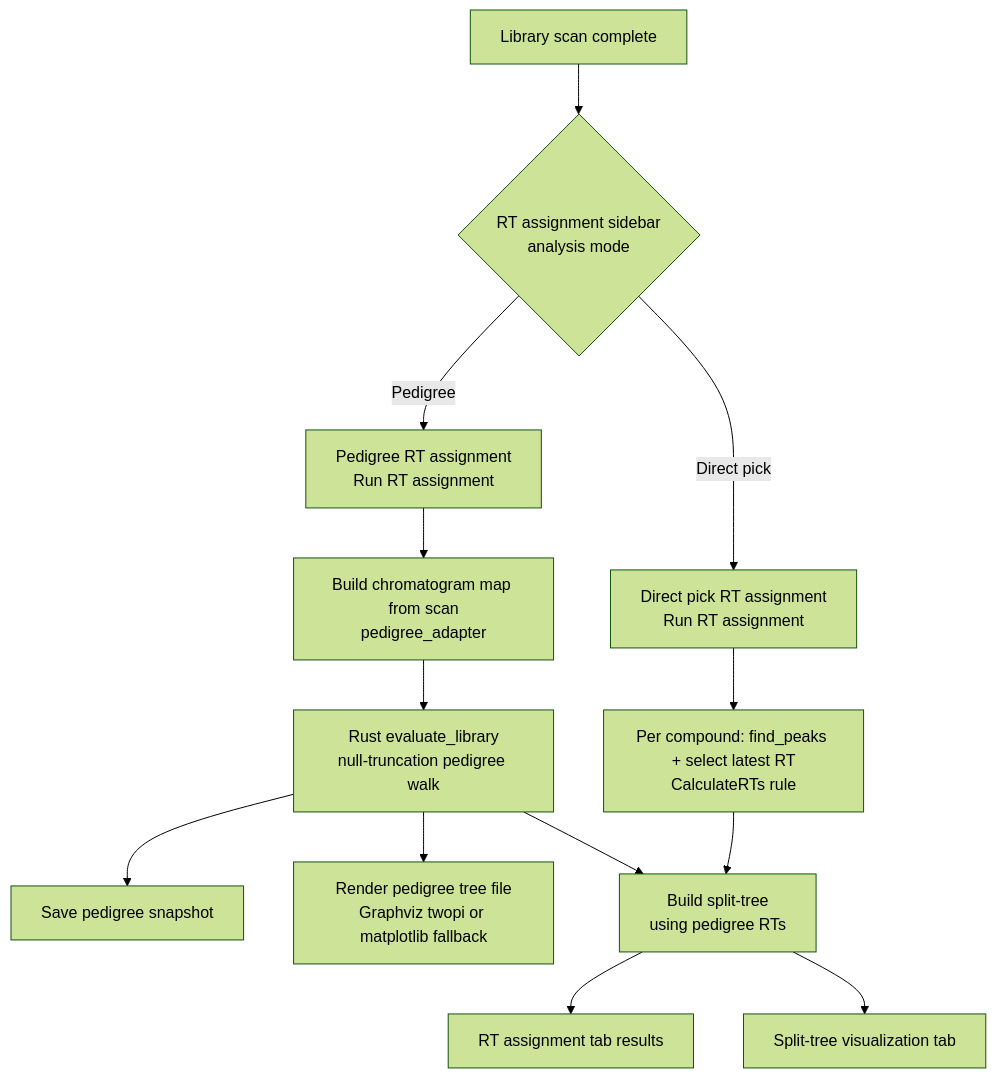
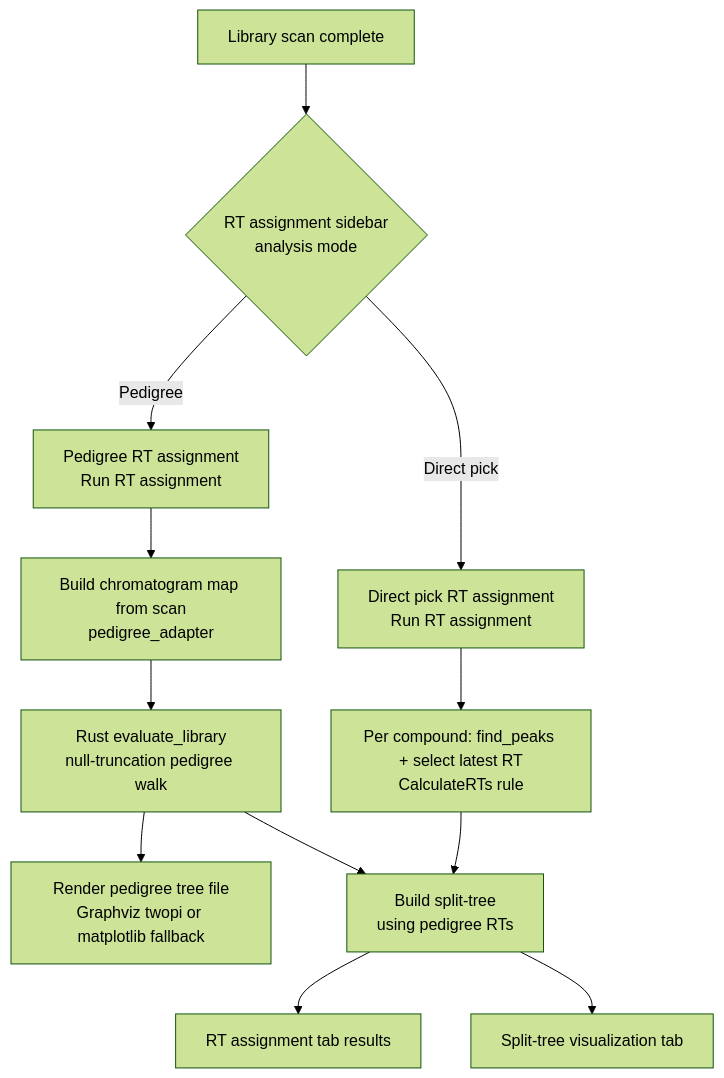
Before and after one commit to brodohfasho/LC-Seq: the third of 3 diagrams in docs/APPLICATION_WORKFLOW.md, drawn with Mermaid (forest theme). The commit also changed other lines of this file and 22 other files, not shown here.

````diff
--- a/docs/APPLICATION_WORKFLOW.md
+++ b/docs/APPLICATION_WORKFLOW.md
@@ -183,18 +184,17 @@
 ```mermaid
 flowchart TB
   SCAN["Library scan complete"] --> MODE{"RT assignment sidebar<br>analysis mode"}
   MODE -->|Pedigree| PED["Pedigree RT assignment<br>Run RT assignment"]
   MODE -->|Direct pick| DIR["Direct pick RT assignment<br>Run RT assignment"]
 
   PED --> P1["Build chromatogram map from scan<br>pedigree_adapter"]
   P1 --> P2["Rust evaluate_library<br>null-truncation pedigree walk"]
-  P2 --> P3["Save pedigree snapshot"]
   P2 --> P4["Render pedigree tree file<br>Graphviz twopi or matplotlib fallback"]
   P2 --> DEL["Build split-tree<br>using pedigree RTs"]
 
   DIR --> D1["Per compound: find_peaks + select latest RT<br>CalculateRTs rule"]
   D1 --> DEL
 
   DEL --> RTtab["RT assignment tab results"]
   DEL --> STtab["Split-tree visualization tab"]
 ```
````
